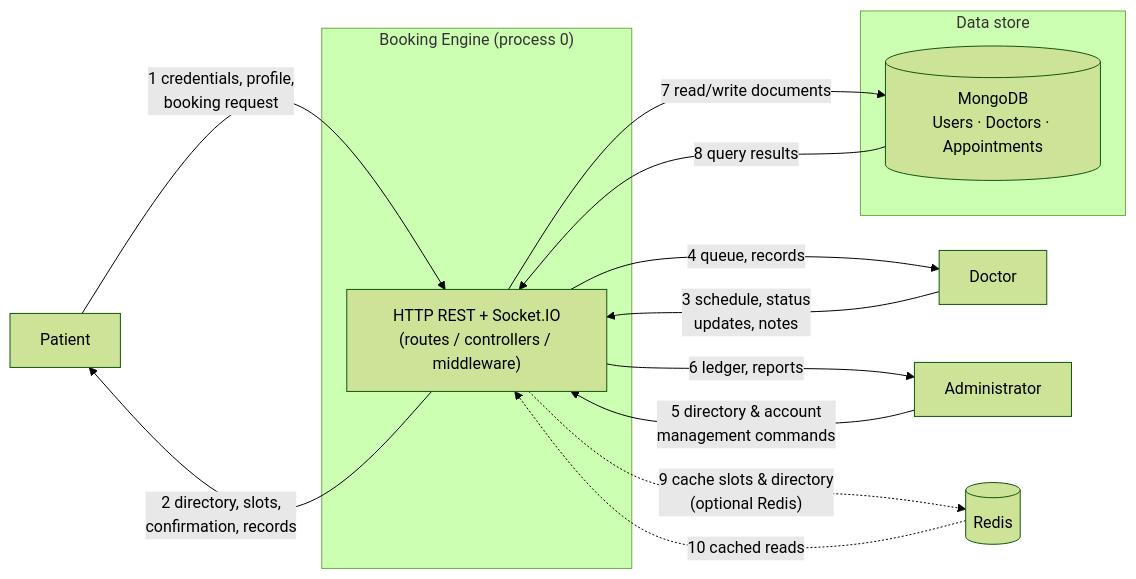
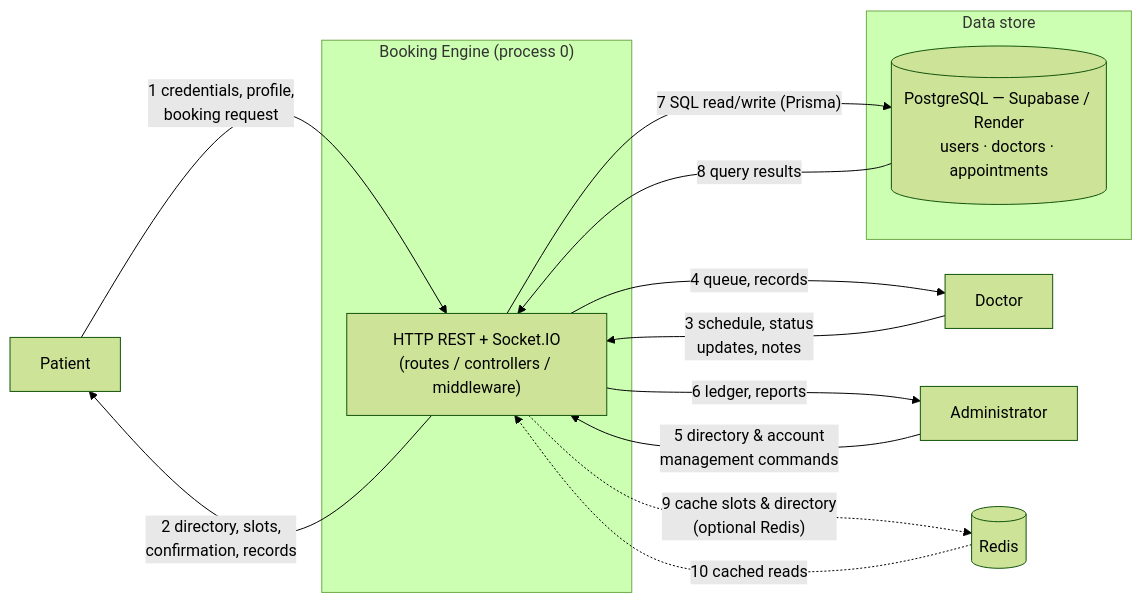
The diagram in docs/dfd-context.md (Mugetsu-1/Hospital-Booking-System), drawn with Mermaid (forest theme) before and after one commit. The commit also changed other lines of this file and 28 other files, not shown here.

First line of the commit message:
docs: add ACHS lab report, class diagram and UI screenshots

````diff
--- a/docs/dfd-context.md
+++ b/docs/dfd-context.md
@@ -7,27 +7,27 @@
 ```mermaid
 flowchart LR
   P["Patient"]
   D["Doctor"]
   A["Administrator"]
 
   subgraph engine["Booking Engine (process 0)"]
     API["HTTP REST + Socket.IO\n(routes / controllers / middleware)"]
   end
 
   subgraph store["Data store"]
-    DB[("MongoDB\nUsers · Doctors · Appointments")]
+    DB[("PostgreSQL — Supabase / Render\nusers · doctors · appointments")]
   end
 
   P -->|"1  credentials, profile,\nbooking request"| API
   API -->|"2  directory, slots,\nconfirmation, records"| P
   D -->|"3  schedule, status\nupdates, notes"| API
   API -->|"4  queue, records"| D
   A -->|"5  directory & account\nmanagement commands"| API
   API -->|"6  ledger, reports"| A
 
-  API -->|"7  read/write documents"| DB
+  API -->|"7  SQL read/write (Prisma)"| DB
   DB -->|"8  query results"| API
 
   API -.->|"9  cache slots & directory\n(optional Redis)"| C[(Redis)]
   C -.->|"10  cached reads"| API
 ```
````
